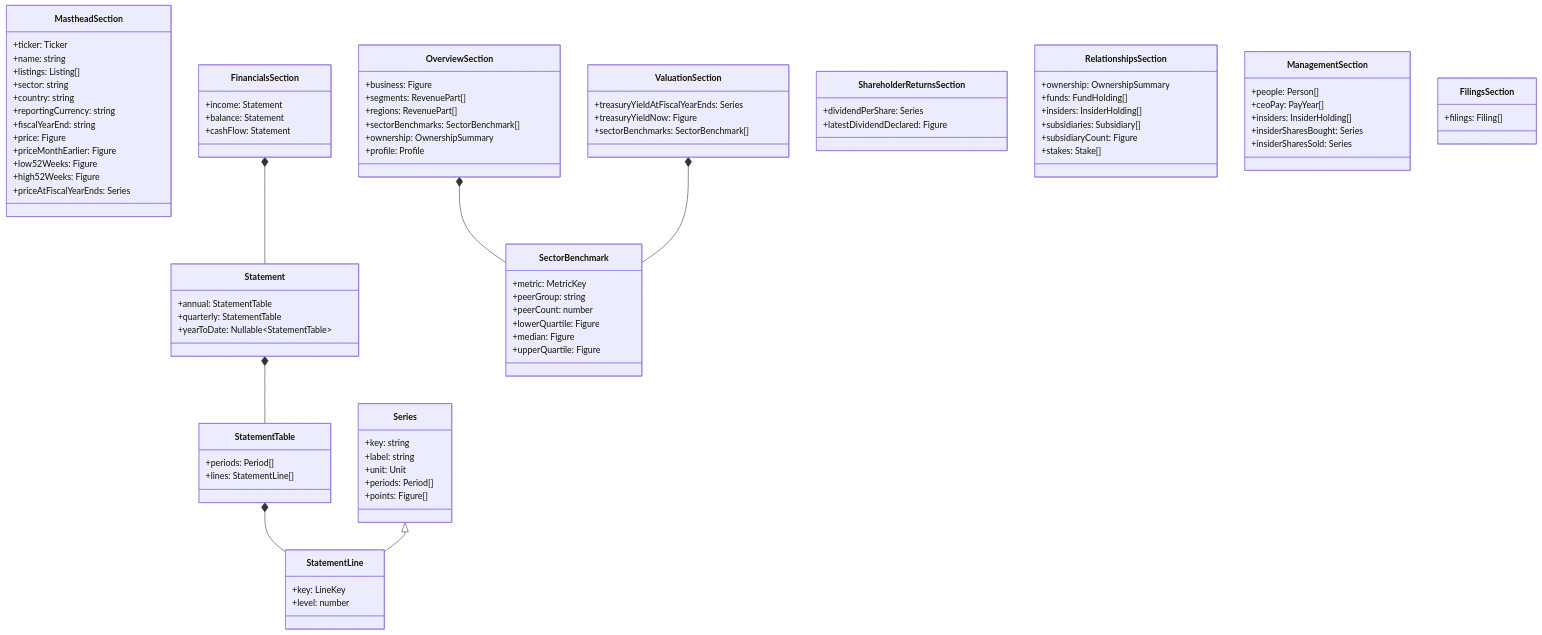
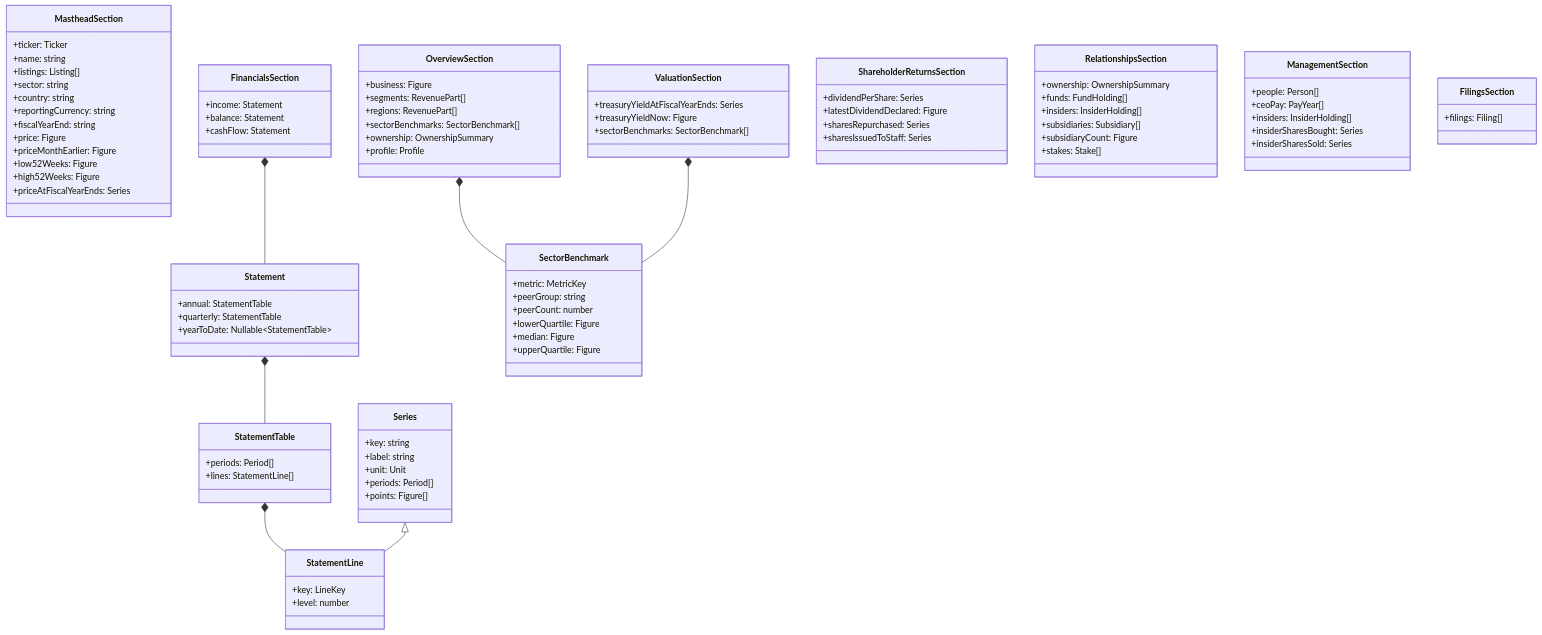
The fourth of 7 diagrams in design/uml_class_diagram/company_data_model.md (ironcapitaleu/frontend), drawn with Mermaid before and after one commit. The commit also changed other lines of this file, not shown here.

```diff
--- a/design/uml_class_diagram/company_data_model.md
+++ b/design/uml_class_diagram/company_data_model.md
@@ -441,6 +497,8 @@
     class ShareholderReturnsSection {
         +dividendPerShare: Series
         +latestDividendDeclared: Figure
+        +sharesRepurchased: Series
+        +sharesIssuedToStaff: Series
     }
     class RelationshipsSection {
         +ownership: OwnershipSummary
```
